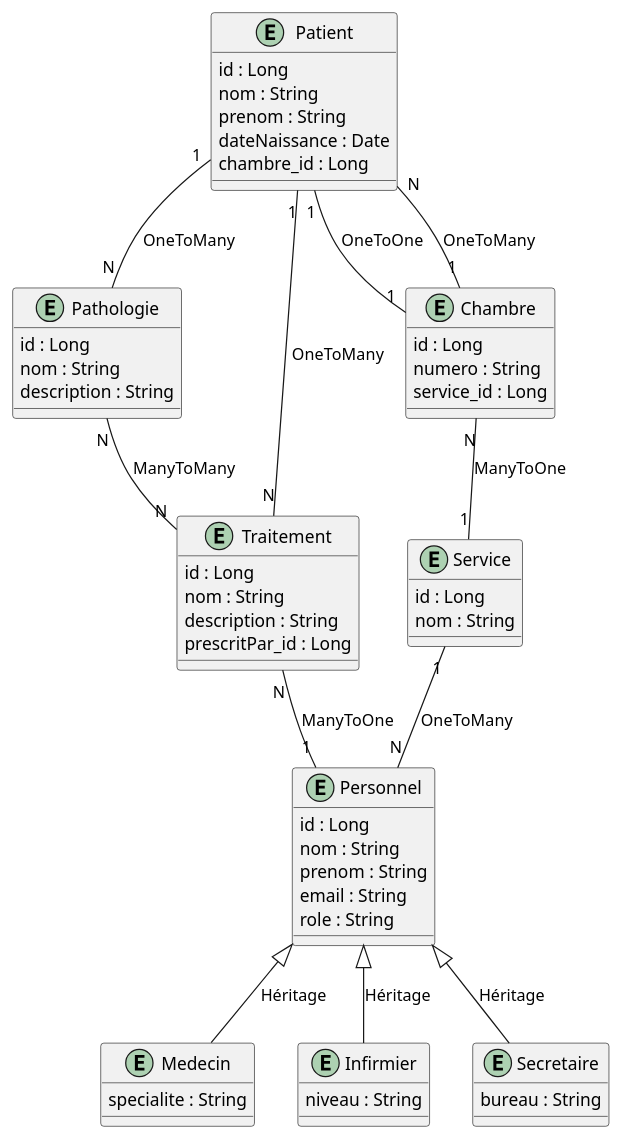
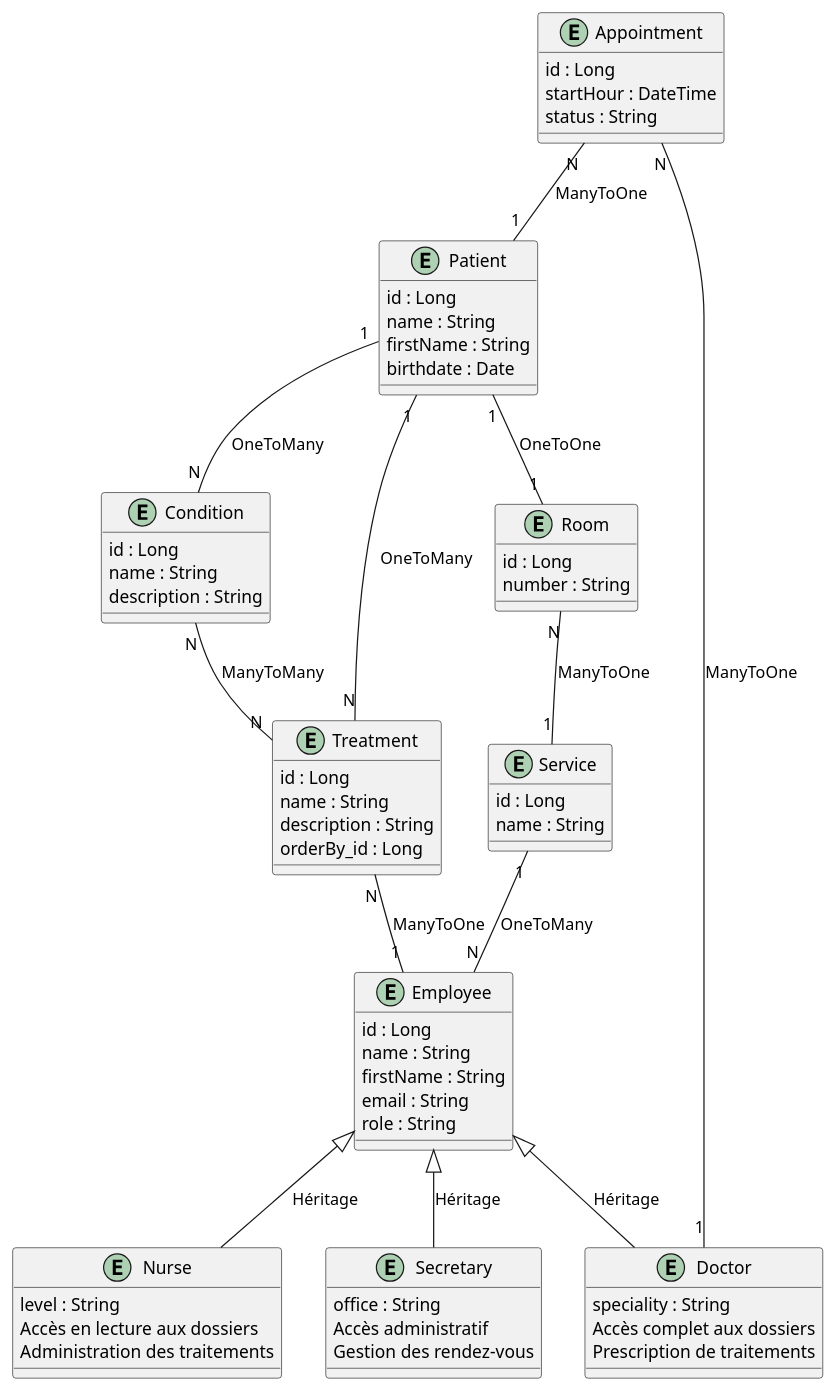
One commit to AToubeau/gestion_hopital changed the diagram in src/main/resources/analysis/hopital.puml. Above: the diagram before and after it, drawn with PlantUML.

Commit message:
uml update

```diff
--- a/src/main/resources/analysis/hopital.puml
+++ b/src/main/resources/analysis/hopital.puml
@@ -1,66 +1,78 @@
 @startuml
 entity Patient {
   id : Long
-  nom : String
-  prenom : String
-  dateNaissance : Date
-  chambre_id : Long
+  name : String
+  firstName : String
+  birthdate : Date
 }
 
-entity Pathologie {
+entity Condition {
   id : Long
-  nom : String
+  name : String
   description : String
 }
 
-entity Traitement {
+entity Treatment {
   id : Long
-  nom : String
+  name : String
   description : String
-  prescritPar_id : Long
+  orderBy_id : Long
 }
 
-entity Chambre {
+entity Room {
   id : Long
-  numero : String
-  service_id : Long
+  number : String
 }
 
 entity Service {
   id : Long
-  nom : String
+  name : String
 }
 
-entity Personnel {
+entity Appointment {
   id : Long
-  nom : String
-  prenom : String
+  startHour : DateTime
+  status : String
+}
+
+entity Employee {
+  id : Long
+  name : String
+  firstName : String
   email : String
   role : String
 }
 
-entity Medecin {
-  specialite : String
+entity Doctor {
+  speciality : String
+  Accès complet aux dossiers
+  Prescription de traitements
 }
 
-entity Infirmier {
-  niveau : String
+entity Nurse {
+  level : String
+  Accès en lecture aux dossiers
+  Administration des traitements
 }
 
-entity Secretaire {
-  bureau : String
+entity Secretary {
+  office : String
+  Accès administratif
+  Gestion des rendez-vous
 }
 
-Patient "1" -- "N" Pathologie : OneToMany
-Patient "1" -- "N" Traitement : OneToMany
-Patient "1" -- "1" Chambre : OneToOne
-Pathologie "N" -- "N" Traitement : ManyToMany
-Traitement "N" -- "1" Personnel : ManyToOne
-Chambre "1" -- "N" Patient : OneToMany
-Chambre "N" -- "1" Service : ManyToOne
-Service "1" -- "N" Personnel : OneToMany
+Patient "1" -- "1" Room : OneToOne
+Patient "1" -- "N" Condition : OneToMany
+Patient "1" -- "N" Treatment : OneToMany
+Condition "N" -- "N" Treatment : ManyToMany
+Treatment "N" -- "1" Employee : ManyToOne
+Room "N" -- "1" Service : ManyToOne
+Service "1" -- "N" Employee : OneToMany
 
-Personnel <|-- Medecin : Héritage
-Personnel <|-- Infirmier : Héritage
-Personnel <|-- Secretaire : Héritage
+Employee <|-- Doctor : Héritage
+Employee <|-- Nurse : Héritage
+Employee <|-- Secretary : Héritage
+
+Appointment "N" -- "1" Patient : ManyToOne
+Appointment "N" -- "1" Doctor : ManyToOne
 @enduml
```
